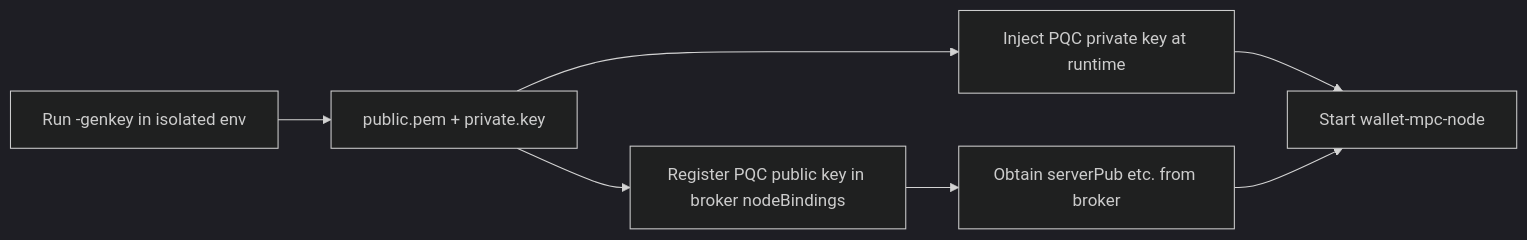
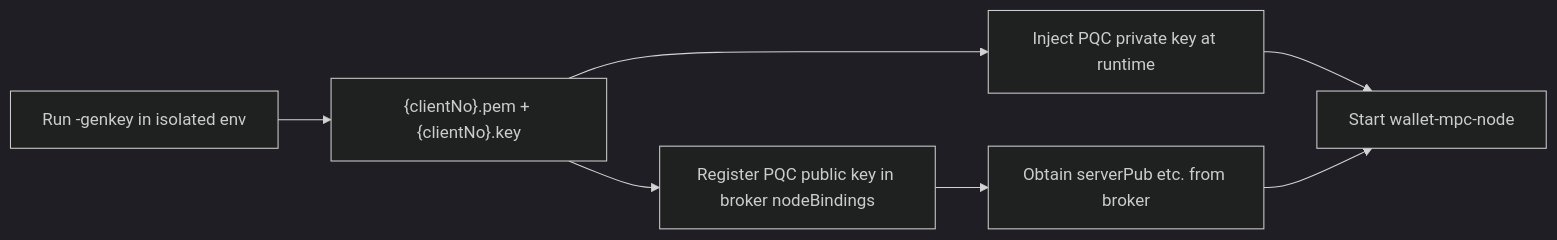
Before and after one commit to godaddy-x/wallet-mpc-node: the diagram in pqc-keypair.md, drawn with Mermaid (dark theme). The commit also changed other lines of this file and 4 other files, not shown here.

````diff
--- a/pqc-keypair.md
+++ b/pqc-keypair.md
@@ -79,9 +81,9 @@
 ```mermaid
 flowchart LR
-  A[Run -genkey in isolated env] --> B[public.pem + private.key]
+  A[Run -genkey in isolated env] --> B["{clientNo}.pem + {clientNo}.key"]
   B --> C[Register PQC public key in broker nodeBindings]
   B --> D[Inject PQC private key at runtime]
   C --> E[Obtain serverPub etc. from broker]
   D --> F[Start wallet-mpc-node]
   E --> F
 ```
````
